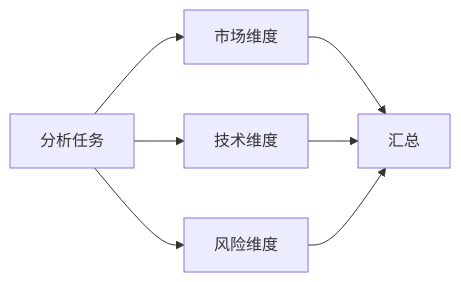
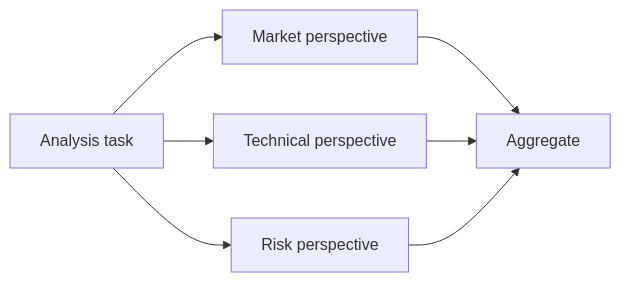
One commit to oneleaveknowsthefall/awesome-ai-roadmap changed diagram 11 of 15 in docs/agent/01-foundations/03-agentic-building-blocks.md. Above: the diagram before and after it, drawn with Mermaid. The commit also changed other lines of this file and 68 other files, not shown here.

````diff
--- a/docs/agent/01-foundations/03-agentic-building-blocks.md
+++ b/docs/agent/01-foundations/03-agentic-building-blocks.md
@@ -595,9 +599,9 @@
 ```mermaid
 flowchart LR
-    Q[分析任务] --> A[市场维度]
-    Q --> B[技术维度]
-    Q --> C[风险维度]
-    A --> S[汇总]
+    Q[Analysis task] --> A[Market perspective]
+    Q --> B[Technical perspective]
+    Q --> C[Risk perspective]
+    A --> S[Aggregate]
     B --> S
     C --> S
 ```
````
